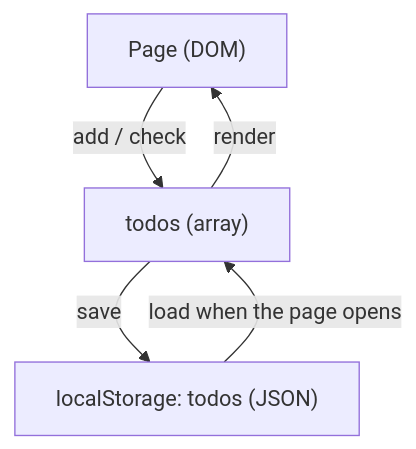
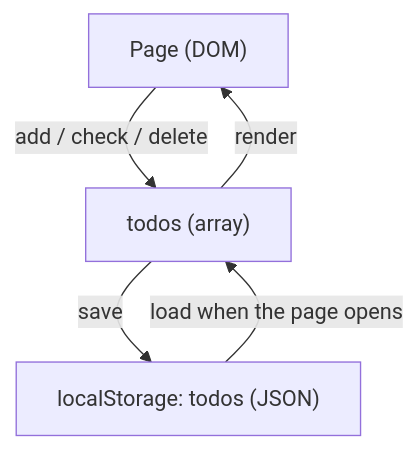
One commit to uraitakahito/hello-typescript-vitest changed the diagram in docs/en/todo-app.md. Above: the diagram before and after it, drawn with Mermaid. The commit also changed other lines of this file and 3 other files, not shown here.

````diff
--- a/docs/en/todo-app.md
+++ b/docs/en/todo-app.md
@@ -15,7 +16,7 @@
 ```mermaid
 flowchart TB
-  page["Page (DOM)"] -- "add / check" --> todos["todos (array)"]
+  page["Page (DOM)"] -- "add / check / delete" --> todos["todos (array)"]
   todos -- "render" --> page
   todos -- "save" --> storage["localStorage: todos (JSON)"]
   storage -- "load when the page opens" --> todos
 ```
````
